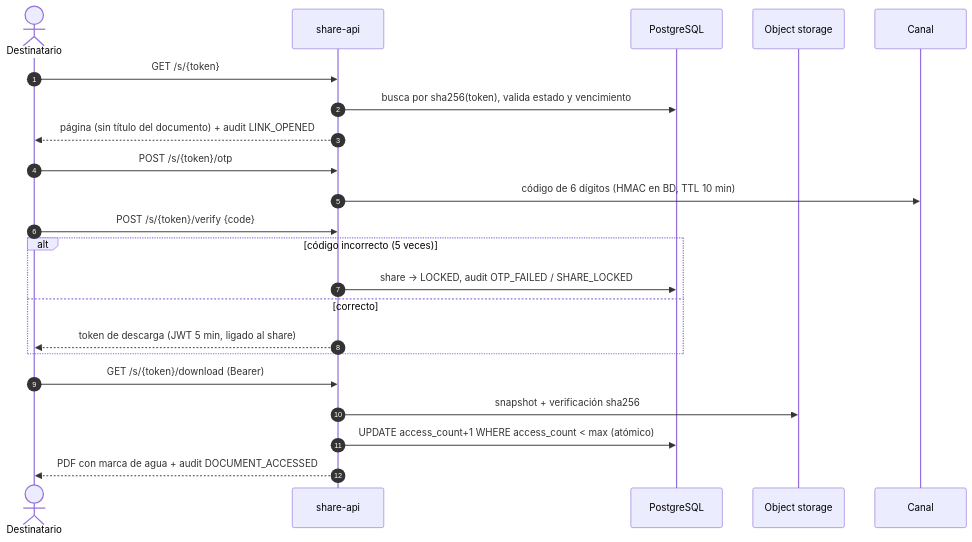
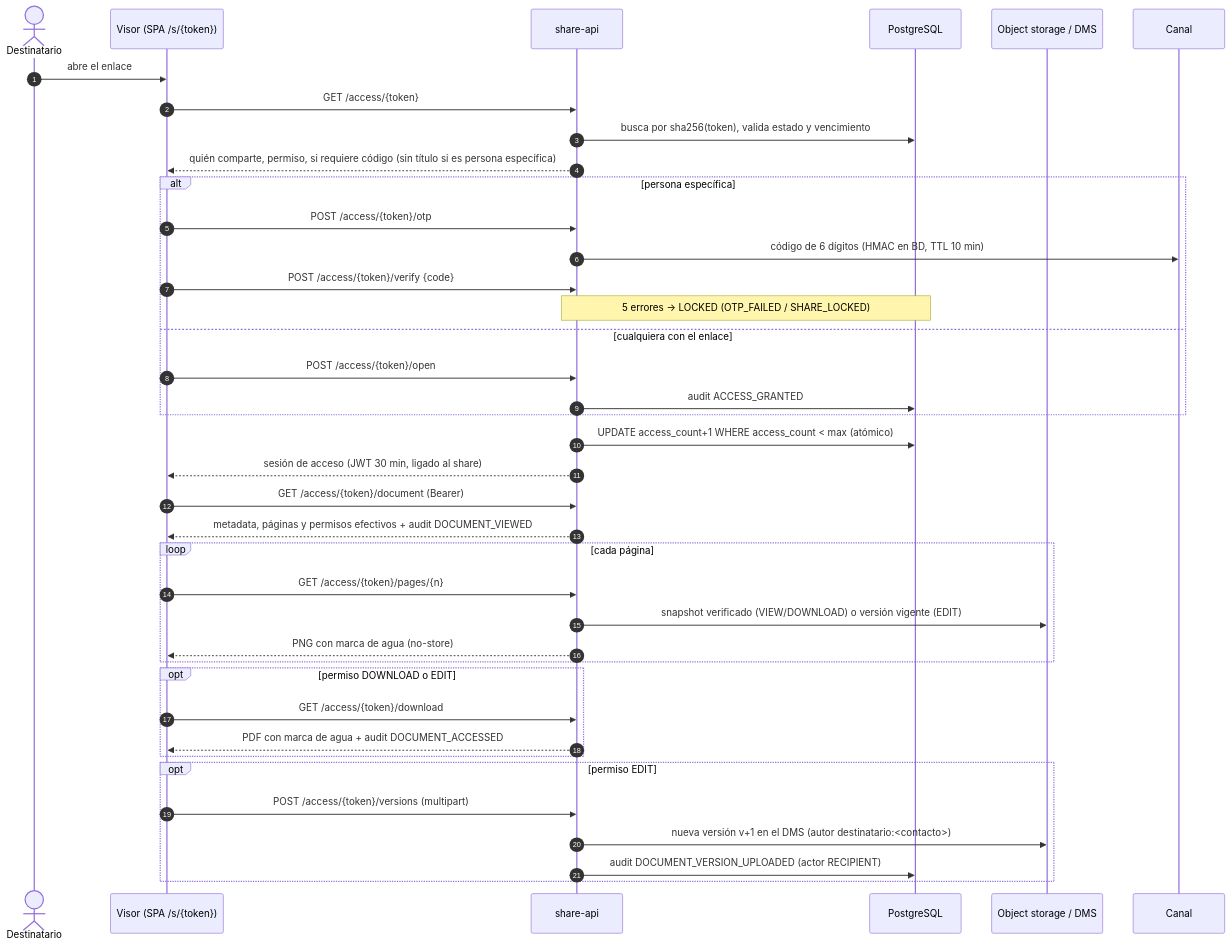
The third of 3 diagrams in docs/02-diseno.md (samilr/thinknex-docshare), drawn with Mermaid before and after one commit. The commit also changed other lines of this file and 5 other files, not shown here.

````diff
--- a/docs/02-diseno.md
+++ b/docs/02-diseno.md
@@ -95,25 +106,42 @@
 ```mermaid
 sequenceDiagram
     autonumber
     actor P as Destinatario
+    participant W as Visor (SPA /s/{token})
     participant S as share-api
     participant DB as PostgreSQL
-    participant O as Object storage
+    participant O as Object storage / DMS
     participant C as Canal
 
-    P->>S: GET /s/{token}
+    P->>W: abre el enlace
+    W->>S: GET /access/{token}
     S->>DB: busca por sha256(token), valida estado y vencimiento
-    S-->>P: página (sin título del documento) + audit LINK_OPENED
-    P->>S: POST /s/{token}/otp
-    S->>C: código de 6 dígitos (HMAC en BD, TTL 10 min)
-    P->>S: POST /s/{token}/verify {code}
-    alt código incorrecto (5 veces)
-        S->>DB: share → LOCKED, audit OTP_FAILED / SHARE_LOCKED
-    else correcto
-        S-->>P: token de descarga (JWT 5 min, ligado al share)
+    S-->>W: quién comparte, permiso, si requiere código (sin título si es persona específica)
+    alt persona específica
+        W->>S: POST /access/{token}/otp
+        S->>C: código de 6 dígitos (HMAC en BD, TTL 10 min)
+        W->>S: POST /access/{token}/verify {code}
+        Note over S,DB: 5 errores → LOCKED (OTP_FAILED / SHARE_LOCKED)
+    else cualquiera con el enlace
+        W->>S: POST /access/{token}/open
+        S->>DB: audit ACCESS_GRANTED
     end
-    P->>S: GET /s/{token}/download (Bearer)
-    S->>O: snapshot + verificación sha256
     S->>DB: UPDATE access_count+1 WHERE access_count < max (atómico)
-    S-->>P: PDF con marca de agua + audit DOCUMENT_ACCESSED
+    S-->>W: sesión de acceso (JWT 30 min, ligado al share)
+    W->>S: GET /access/{token}/document (Bearer)
+    S-->>W: metadata, páginas y permisos efectivos + audit DOCUMENT_VIEWED
+    loop cada página
+        W->>S: GET /access/{token}/pages/{n}
+        S->>O: snapshot verificado (VIEW/DOWNLOAD) o versión vigente (EDIT)
+        S-->>W: PNG con marca de agua (no-store)
+    end
+    opt permiso DOWNLOAD o EDIT
+        W->>S: GET /access/{token}/download
+        S-->>W: PDF con marca de agua + audit DOCUMENT_ACCESSED
+    end
+    opt permiso EDIT
+        W->>S: POST /access/{token}/versions (multipart)
+        S->>O: nueva versión v+1 en el DMS (autor destinatario:<contacto>)
+        S->>DB: audit DOCUMENT_VERSION_UPLOADED (actor RECIPIENT)
+    end
 ```
````
